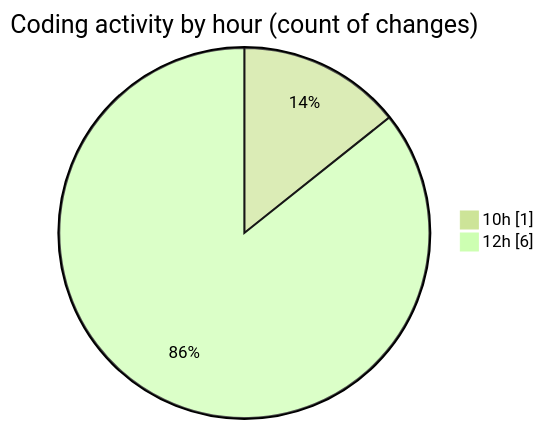
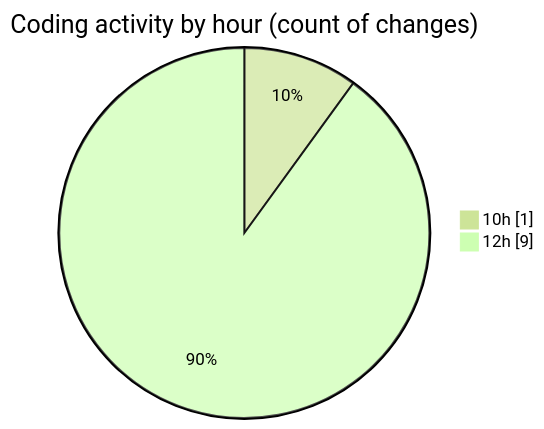
Before and after one commit to LanceThiago/code-tracking: the second of 2 diagrams in 2025-04-25/enre_-_calculadora_de_consumo_v_2022_files/README.md, drawn with Mermaid (forest theme). The commit also changed other lines of this file and 1 other file, not shown here.

````diff
--- a/2025-04-25/enre_-_calculadora_de_consumo_v_2022_files/README.md
+++ b/2025-04-25/enre_-_calculadora_de_consumo_v_2022_files/README.md
@@ -28,6 +28,6 @@
 ```mermaid
 pie showData
 title Coding activity by hour (count of changes)
 "10h" : 1
-"12h" : 6
+"12h" : 9
 ```
````
